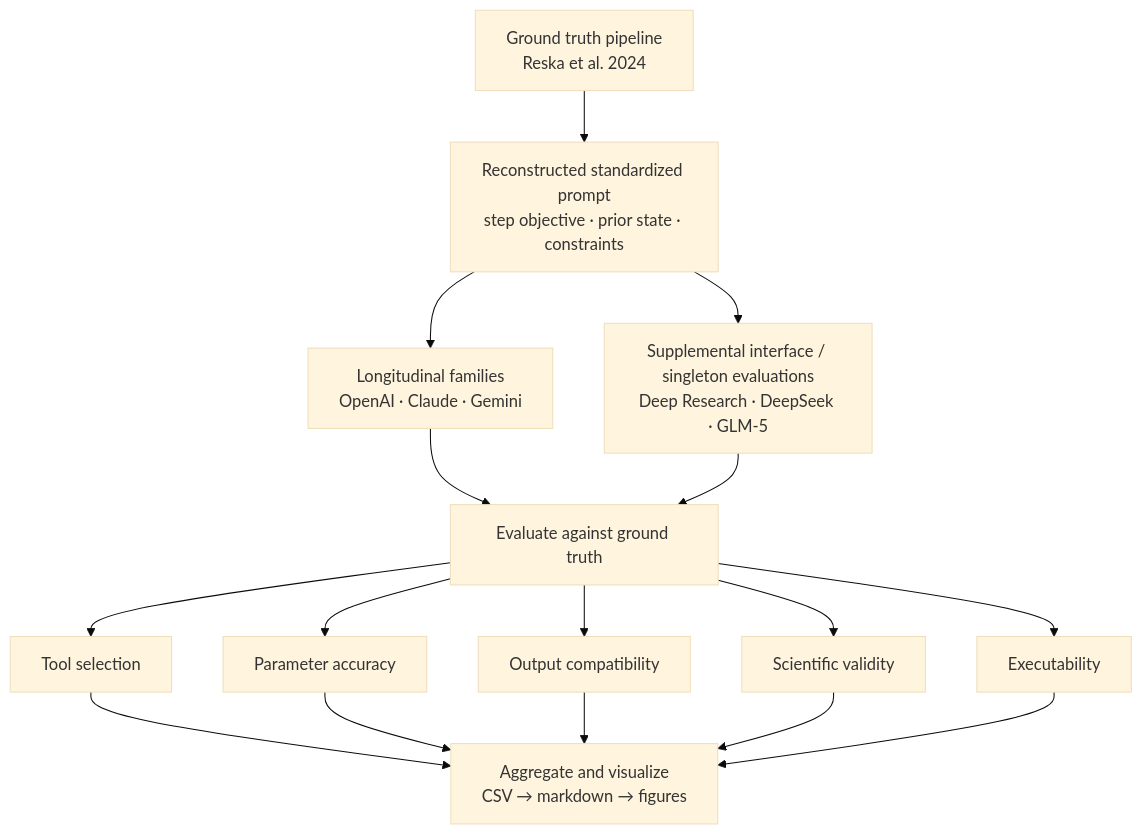
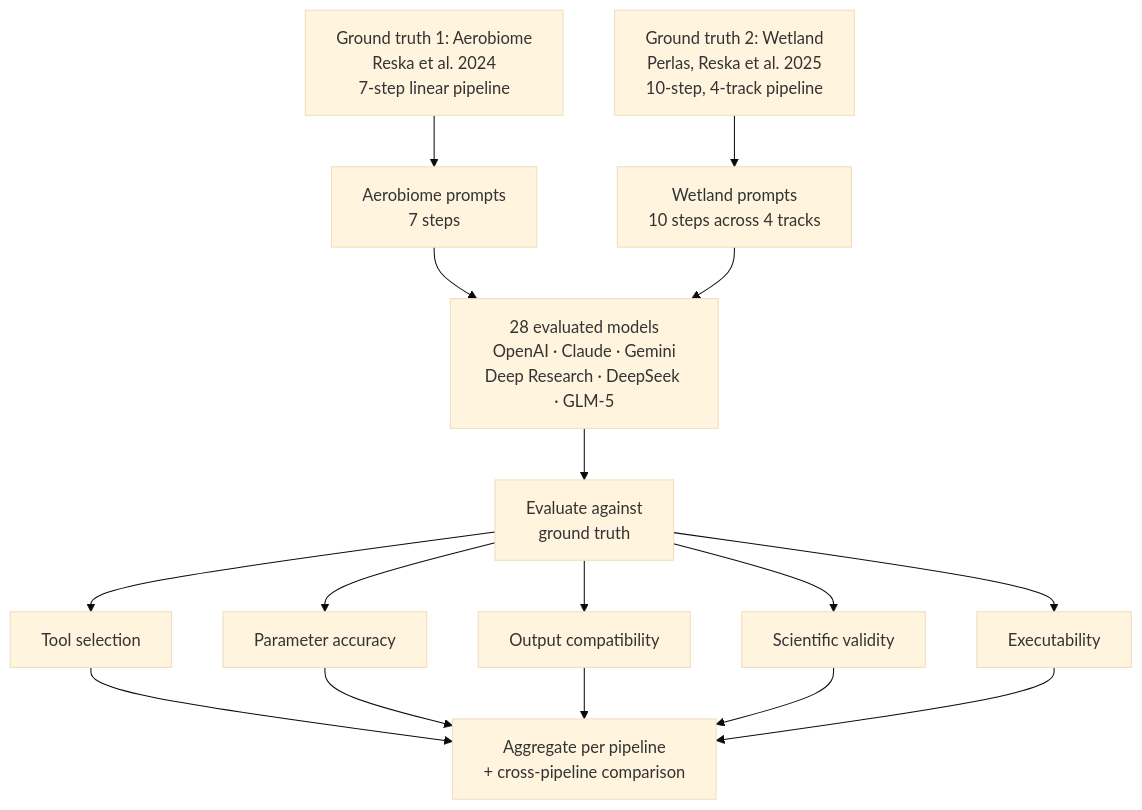
One commit to ttmgr/Tim_Reska changed the diagram in llm-eval/README.md. Above: the diagram before and after it, drawn with Mermaid (base theme). The commit also changed other lines of this file and 94 other files, not shown here.

First line of the commit message:
feat: add wetland surveillance as second ground truth pipeline

````diff
--- a/llm-eval/README.md
+++ b/llm-eval/README.md
@@ -66,24 +69,25 @@
 ```mermaid
 graph TD
-    GT["Ground truth pipeline<br/>Reska et al. 2024"]
-    P["Reconstructed standardized prompt<br/>step objective · prior state · constraints"]
+    GT1["Ground truth 1: Aerobiome<br/>Reska et al. 2024<br/>7-step linear pipeline"]
+    GT2["Ground truth 2: Wetland<br/>Perlas, Reska et al. 2025<br/>10-step, 4-track pipeline"]
 
-    GT --> P
-    P --> C1["Longitudinal families<br/>OpenAI · Claude · Gemini"]
-    P --> C2["Supplemental interface / singleton evaluations<br/>Deep Research · DeepSeek · GLM-5"]
+    GT1 --> P1["Aerobiome prompts<br/>7 steps"]
+    GT2 --> P2["Wetland prompts<br/>10 steps across 4 tracks"]
 
-    C1 --> E["Evaluate against ground truth"]
-    C2 --> E
+    P1 --> M["28 evaluated models<br/>OpenAI · Claude · Gemini<br/>Deep Research · DeepSeek · GLM-5"]
+    P2 --> M
+
+    M --> E["Evaluate against<br/>ground truth"]
 
     E --> D1["Tool selection"]
     E --> D2["Parameter accuracy"]
     E --> D3["Output compatibility"]
     E --> D4["Scientific validity"]
     E --> D5["Executability"]
 
-    D1 --> AGG["Aggregate and visualize<br/>CSV → markdown → figures"]
+    D1 --> AGG["Aggregate per pipeline<br/>+ cross-pipeline comparison"]
     D2 --> AGG
     D3 --> AGG
     D4 --> AGG
     D5 --> AGG
 ```
````
